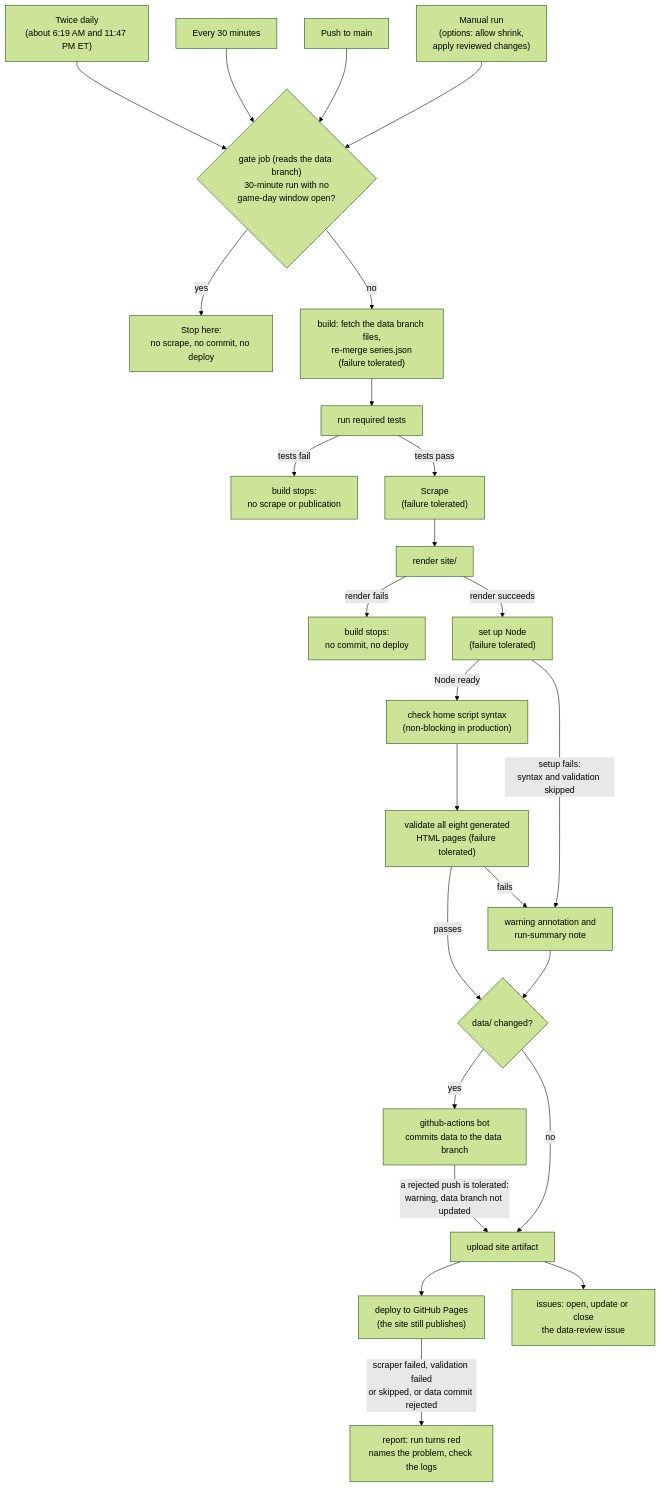
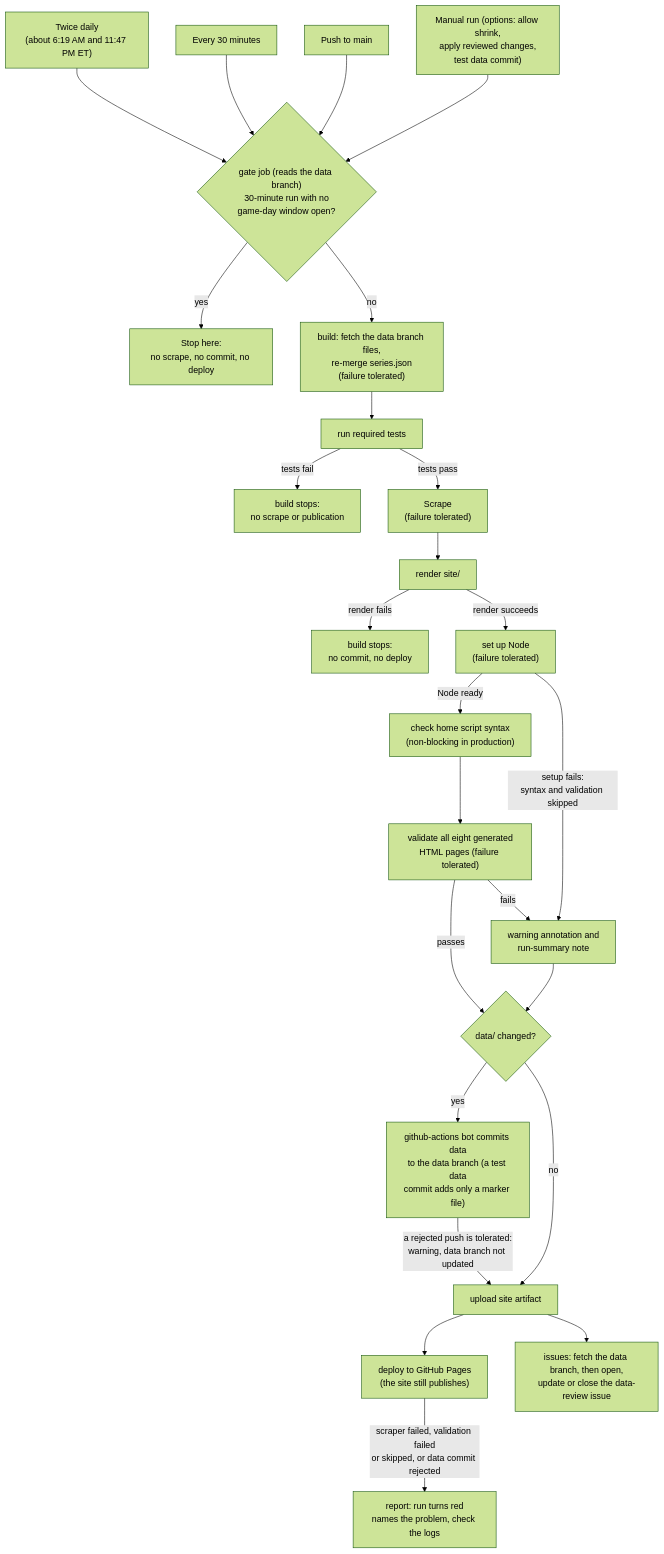
One commit to jacksonmote/DePauw-vs-Wabash-web changed the second of 3 diagrams in README.md. Above: the diagram before and after it, drawn with Mermaid (forest theme). The commit also changed other lines of this file and 3 other files, not shown here.

First line of the commit message:
Fix stale contributor instructions and diagram labels after the data branch

````diff
--- a/README.md
+++ b/README.md
@@ -207,28 +207,28 @@
 ```mermaid
 flowchart TD
   T1["Twice daily<br/>(about 6:19 AM and 11:47 PM ET)"] --> G
   T2["Every 30 minutes"] --> G
   T3["Push to main"] --> G
-  T4["Manual run<br/>(options: allow shrink,<br/>apply reviewed changes)"] --> G
+  T4["Manual run (options: allow shrink,<br/>apply reviewed changes,<br/>test data commit)"] --> G
   G{"gate job (reads the data branch)<br/>30-minute run with no<br/>game-day window open?"}
   G -- "yes" --> X["Stop here:<br/>no scrape, no commit, no deploy"]
   G -- "no" --> F["build: fetch the data branch files,<br/>re-merge series.json<br/>(failure tolerated)"]
   F --> B["run required tests"]
   B -- "tests fail" --> TF["build stops:<br/>no scrape or publication"]
   B -- "tests pass" --> S["Scrape<br/>(failure tolerated)"]
   S --> R["render site/"]
   R -- "render fails" --> RF["build stops:<br/>no commit, no deploy"]
   R -- "render succeeds" --> N["set up Node<br/>(failure tolerated)"]
   N -- "Node ready" --> JS["check home script syntax<br/>(non-blocking in production)"]
   JS --> V["validate all eight generated<br/>HTML pages (failure tolerated)"]
   N -- "setup fails:<br/>syntax and validation skipped" --> W
   V -- "passes" --> C
   V -- "fails" --> W["warning annotation and<br/>run-summary note"]
   W --> C{"data/ changed?"}
-  C -- "yes" --> CM["github-actions bot<br/>commits data to the data branch"]
+  C -- "yes" --> CM["github-actions bot commits data<br/>to the data branch (a test data<br/>commit adds only a marker file)"]
   C -- "no" --> U
   CM -- "a rejected push is tolerated:<br/>warning, data branch not updated" --> U["upload site artifact"]
   U --> D["deploy to GitHub Pages<br/>(the site still publishes)"]
-  U --> IS["issues: open, update or close<br/>the data-review issue"]
+  U --> IS["issues: fetch the data branch, then open,<br/>update or close the data-review issue"]
   D -- "scraper failed, validation failed<br/>or skipped, or data commit rejected" --> RP["report: run turns red<br/>names the problem, check the logs"]
 ```
````
